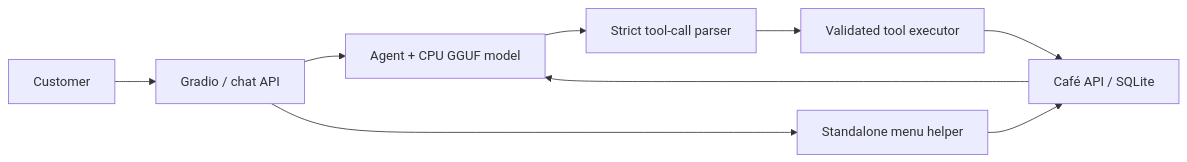
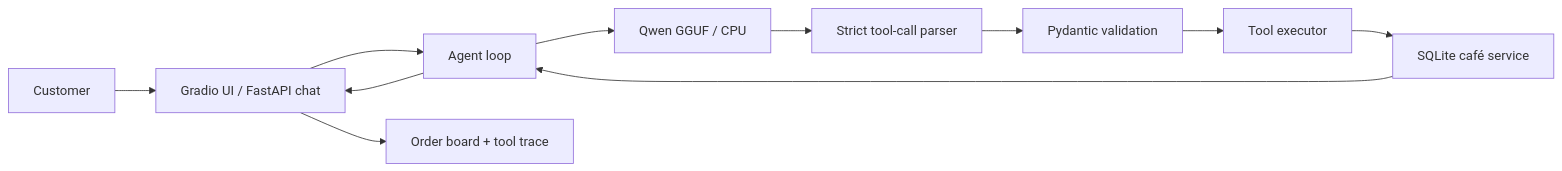
Before and after one commit to PalakAnand30/cafe-tool-agent: the first of 2 diagrams in README.md, drawn with Mermaid. The commit also changed other lines of this file and 4 other files, not shown here.

````diff
--- a/README.md
+++ b/README.md
@@ -39,11 +59,13 @@
 ```mermaid
 flowchart LR
-    U[Customer] --> UI[Gradio / chat API]
-    UI --> A[Agent + CPU GGUF model]
-    A --> P[Strict tool-call parser]
-    P --> V[Validated tool executor]
-    V --> B[Café API / SQLite]
+    U[Customer] --> UI[Gradio UI / FastAPI chat]
+    UI --> A[Agent loop]
+    A --> M[Qwen GGUF / CPU]
+    M --> P[Strict tool-call parser]
+    P --> V[Pydantic validation]
+    V --> T[Tool executor]
+    T --> B[SQLite café service]
     B --> A
-    UI --> M[Standalone menu helper]
-    M --> B
+    A --> UI
+    UI --> R[Order board + tool trace]
 ```
````
